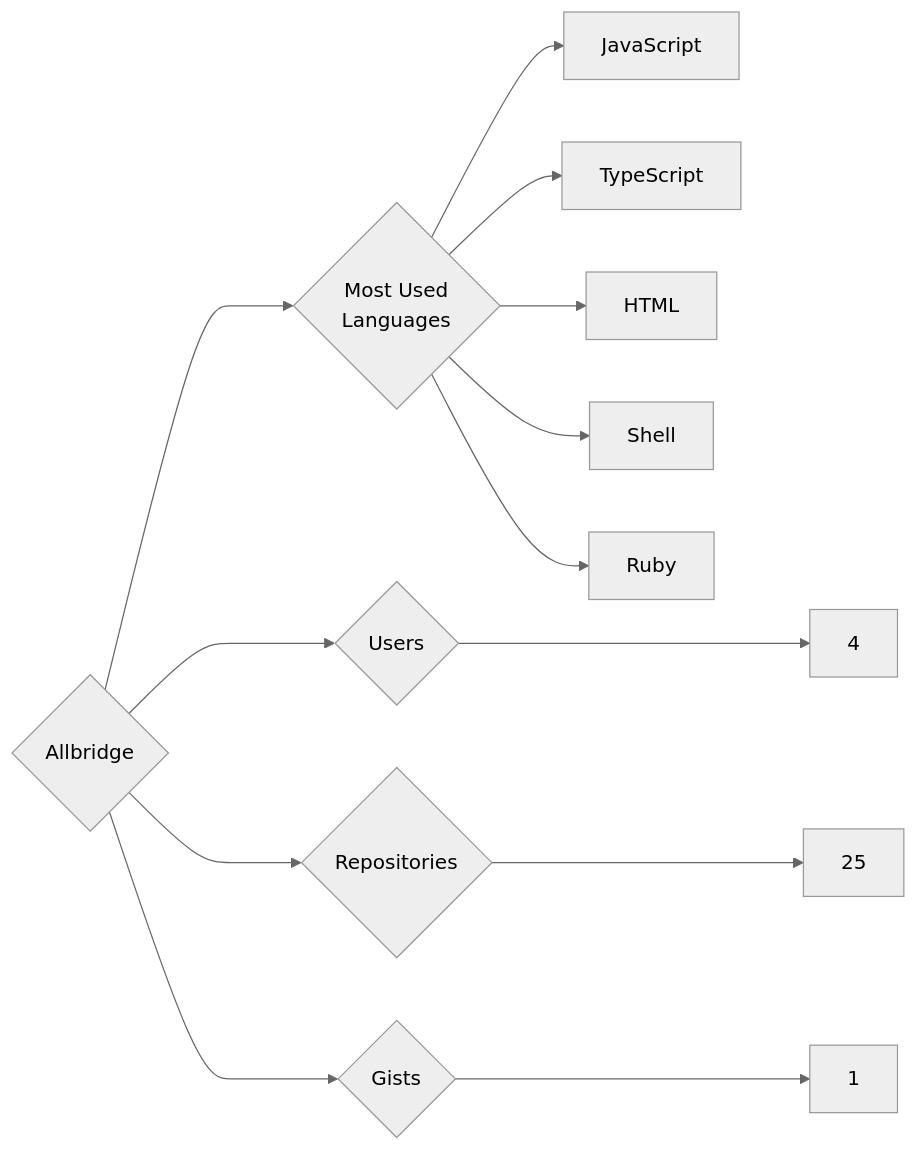
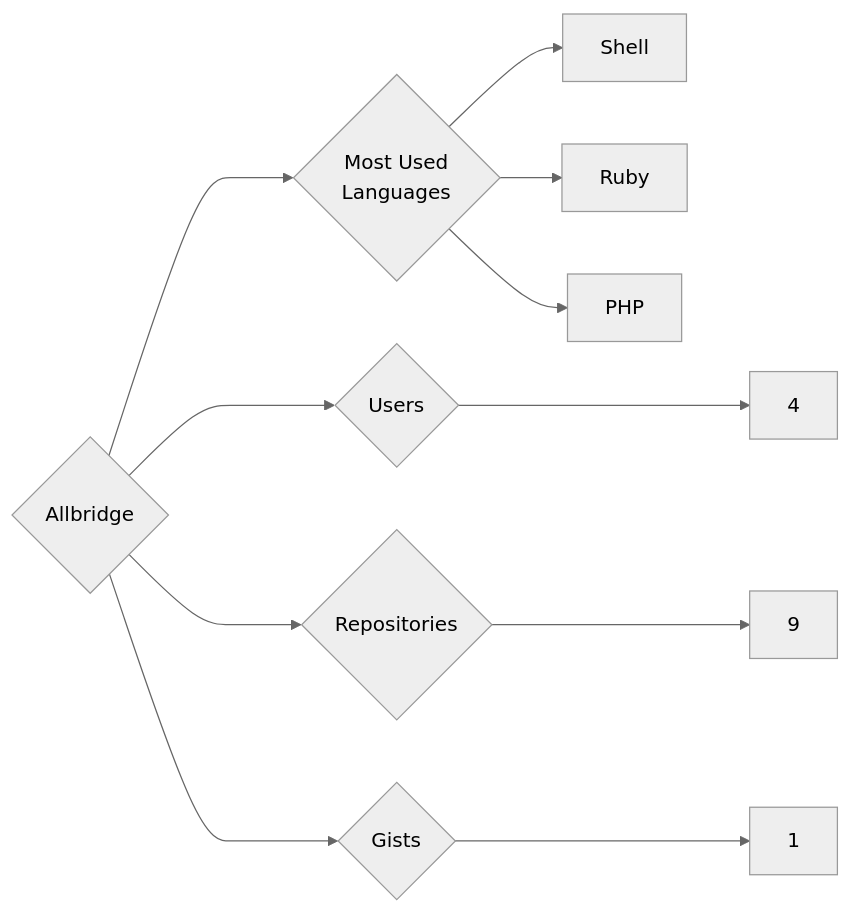
The diagram in targets/Allbridge/README.md (trickest/insiders), drawn with Mermaid (neutral theme) before and after one commit. The commit also changed 1007 other files, not shown here.

````diff
--- a/targets/Allbridge/README.md
+++ b/targets/Allbridge/README.md
@@ -3,13 +3,11 @@
 ```mermaid
 graph LR
 COMPANY_NAME{Allbridge}
 COMPANY_NAME ---> U{Users} ---> UN[4]
-COMPANY_NAME ---> R{Repositories} ---> RN[25]
+COMPANY_NAME ---> R{Repositories} ---> RN[9]
 COMPANY_NAME ---> G{Gists} ---> GN[1]
 COMPANY_NAME ---> ML{Most Used<br>Languages}
-ML --> JavaScript[JavaScript]
-ML --> TypeScript[TypeScript]
-ML --> HTML[HTML]
 ML --> Shell[Shell]
 ML --> Ruby[Ruby]
+ML --> PHP[PHP]
 ```
````
